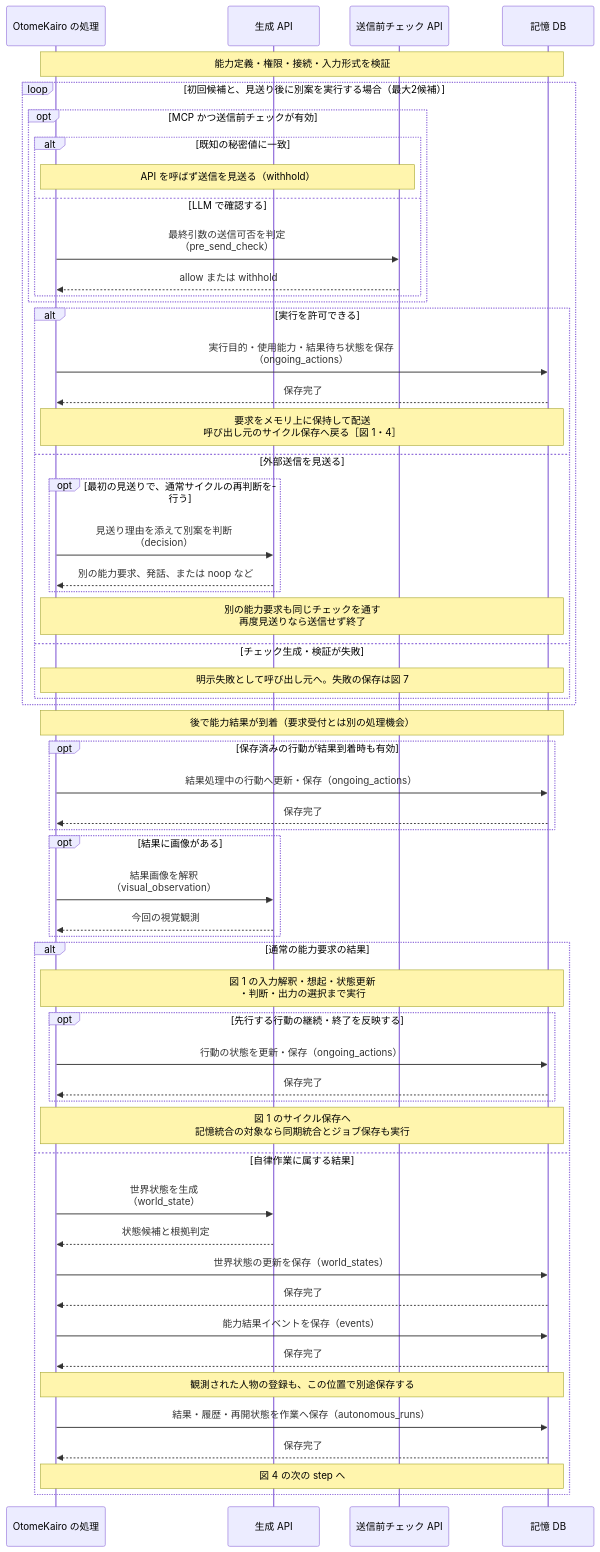
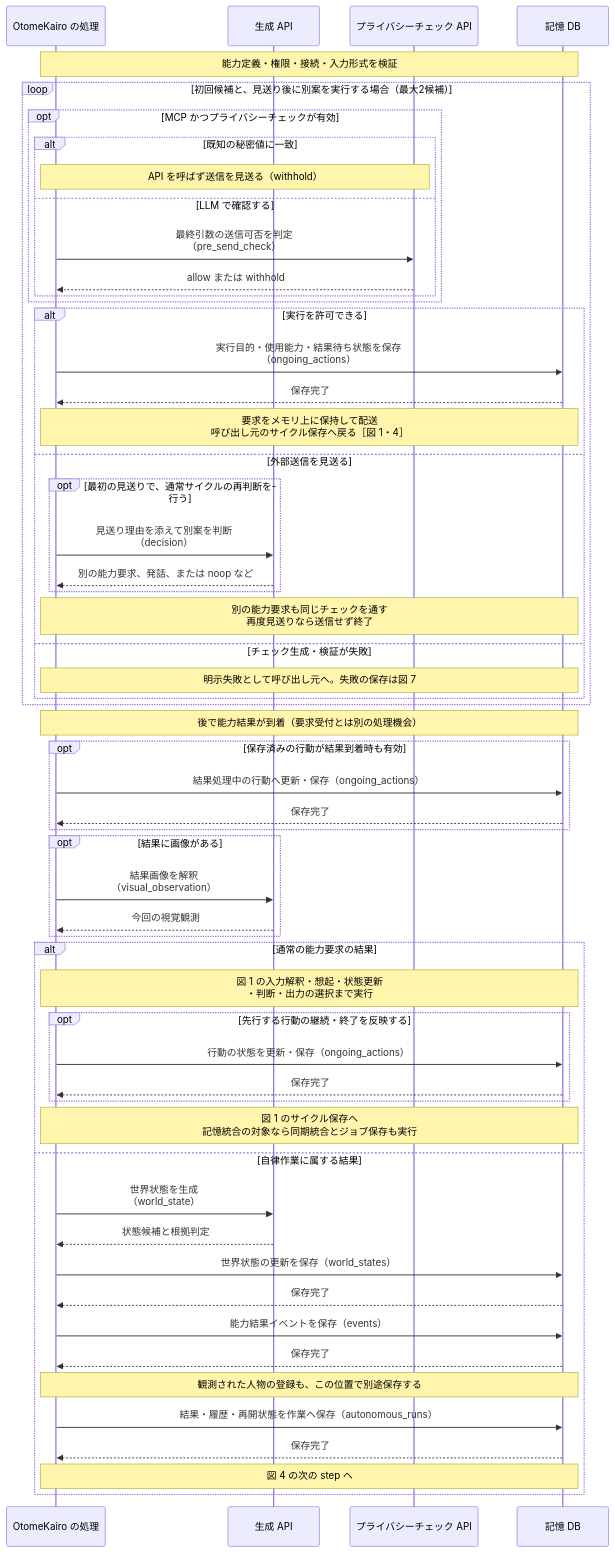
Before and after one commit to hirona98/OtomeKairo: the second of 7 diagrams in docs/design/llm/LLM呼び出しシーケンス.md, drawn with Mermaid. The commit also changed other lines of this file and 19 other files, not shown here.

````diff
--- a/docs/design/llm/LLM呼び出しシーケンス.md
+++ b/docs/design/llm/LLM呼び出しシーケンス.md
@@ -174,61 +174,61 @@
 ```mermaid
 sequenceDiagram
     participant C as OtomeKairo の処理
     participant L as 生成 API
-    participant P as 送信前チェック API
+    participant P as プライバシーチェック API
     participant D as 記憶 DB
 
     Note over C,D: 能力定義・権限・接続・入力形式を検証
     loop 初回候補と、見送り後に別案を実行する場合（最大2候補）
-        opt MCP かつ送信前チェックが有効
+        opt MCP かつプライバシーチェックが有効
             alt 既知の秘密値に一致
                 Note over C,P: API を呼ばず送信を見送る（withhold）
             else LLM で確認する
                 C->>P: 最終引数の送信可否を判定<br>（pre_send_check）
                 P-->>C: allow または withhold
             end
         end
         alt 実行を許可できる
             C->>D: 実行目的・使用能力・結果待ち状態を保存<br>（ongoing_actions）
             D-->>C: 保存完了
             Note over C,D: 要求をメモリ上に保持して配送<br>呼び出し元のサイクル保存へ戻る［図 1・4］
         else 外部送信を見送る
             opt 最初の見送りで、通常サイクルの再判断を行う
                 C->>L: 見送り理由を添えて別案を判断<br>（decision）
                 L-->>C: 別の能力要求、発話、または noop など
             end
             Note over C,D: 別の能力要求も同じチェックを通す<br>再度見送りなら送信せず終了
         else チェック生成・検証が失敗
             Note over C,D: 明示失敗として呼び出し元へ。失敗の保存は図 7
         end
     end
 
     Note over C,D: 後で能力結果が到着（要求受付とは別の処理機会）
     opt 保存済みの行動が結果到着時も有効
         C->>D: 結果処理中の行動へ更新・保存（ongoing_actions）
         D-->>C: 保存完了
     end
     opt 結果に画像がある
         C->>L: 結果画像を解釈<br>（visual_observation）
         L-->>C: 今回の視覚観測
     end
     alt 通常の能力要求の結果
         Note over C,D: 図 1 の入力解釈・想起・状態更新<br>・判断・出力の選択まで実行
         opt 先行する行動の継続・終了を反映する
             C->>D: 行動の状態を更新・保存（ongoing_actions）
             D-->>C: 保存完了
         end
         Note over C,D: 図 1 のサイクル保存へ<br>記憶統合の対象なら同期統合とジョブ保存も実行
     else 自律作業に属する結果
         C->>L: 世界状態を生成<br>（world_state）
         L-->>C: 状態候補と根拠判定
         C->>D: 世界状態の更新を保存（world_states）
         D-->>C: 保存完了
         C->>D: 能力結果イベントを保存（events）
         D-->>C: 保存完了
         Note over C,D: 観測された人物の登録も、この位置で別途保存する
         C->>D: 結果・履歴・再開状態を作業へ保存（autonomous_runs）
         D-->>C: 保存完了
         Note over C,D: 図 4 の次の step へ
     end
 ```
````
